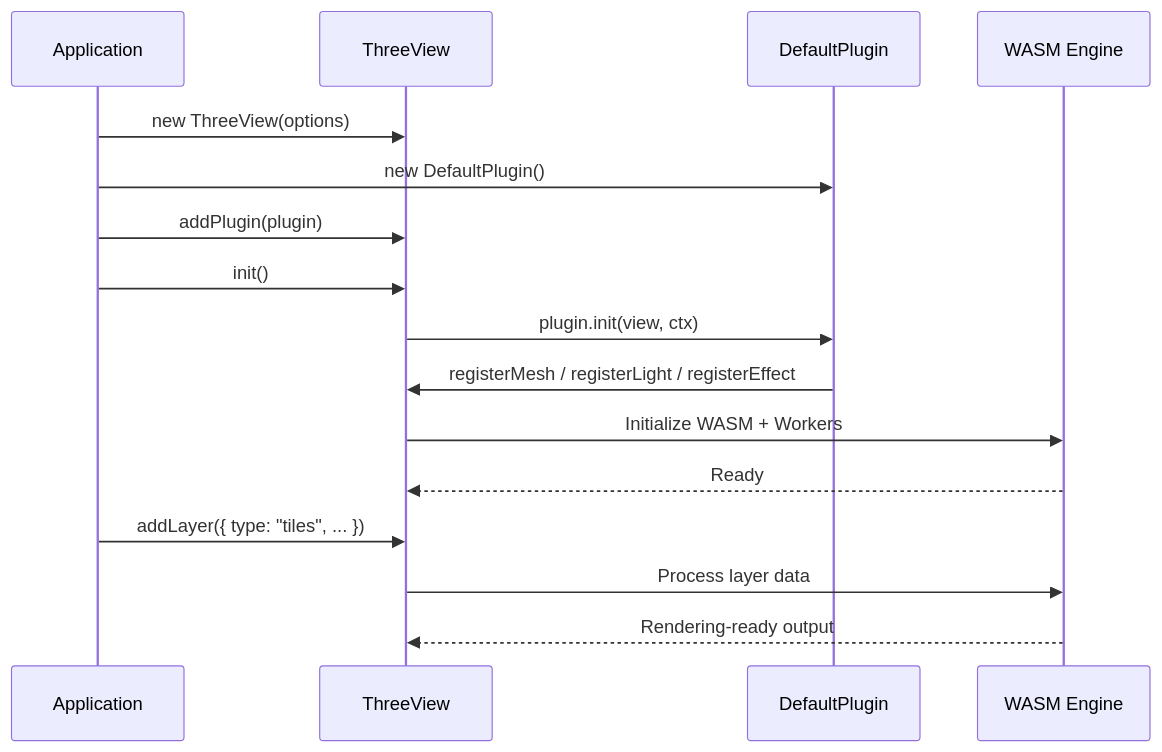
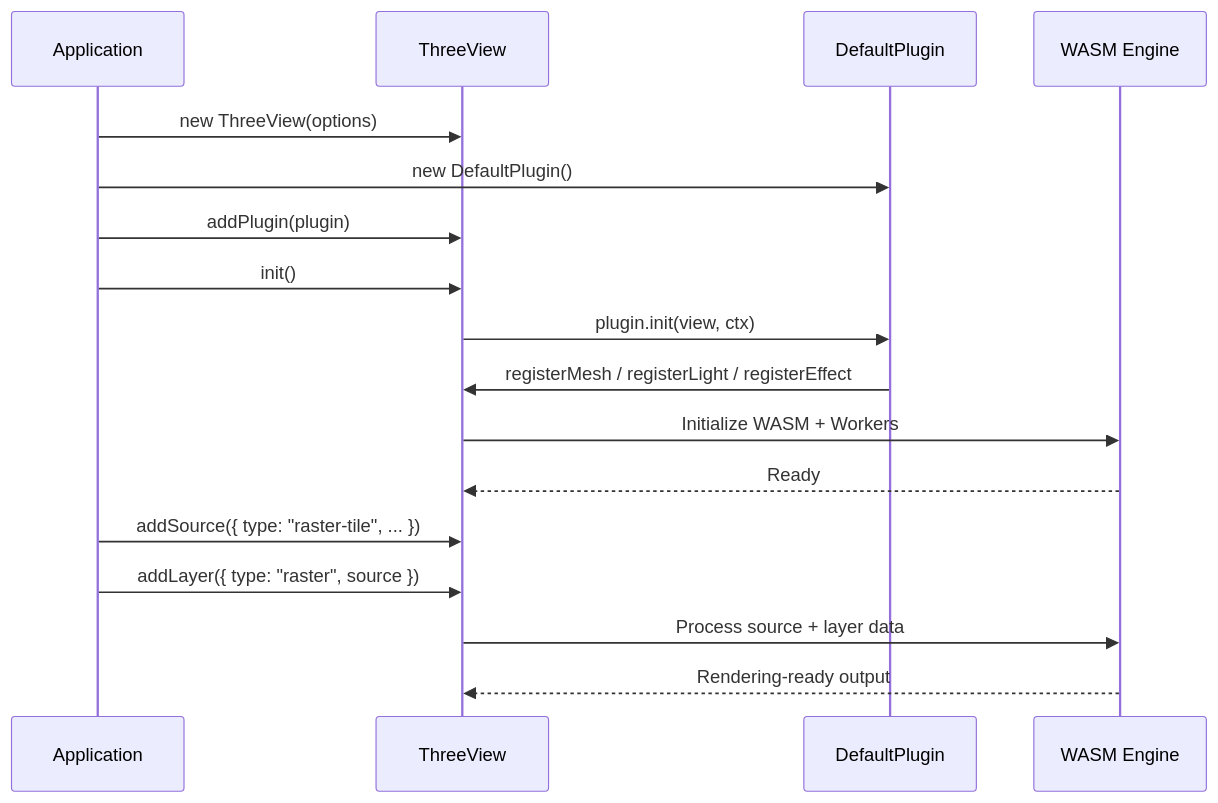
Before and after one commit to reearth/navara: the first of 2 diagrams in docs/src/content/docs/guides/Introduction/how-navara-works.md, drawn with Mermaid. The commit also changed other lines of this file and 113 other files, not shown here.

````diff
--- a/docs/src/content/docs/guides/Introduction/how-navara-works.md
+++ b/docs/src/content/docs/guides/Introduction/how-navara-works.md
@@ -18,19 +18,20 @@
 ```mermaid
 sequenceDiagram
   participant App as Application
   participant TV as ThreeView
   participant P as DefaultPlugin
   participant E as WASM Engine
 
   App->>TV: new ThreeView(options)
   App->>P: new DefaultPlugin()
   App->>TV: addPlugin(plugin)
   App->>TV: init()
   TV->>P: plugin.init(view, ctx)
   P->>TV: registerMesh / registerLight / registerEffect
   TV->>E: Initialize WASM + Workers
   E-->>TV: Ready
-  App->>TV: addLayer({ type: "tiles", ... })
-  TV->>E: Process layer data
+  App->>TV: addSource({ type: "raster-tile", ... })
+  App->>TV: addLayer({ type: "raster", source })
+  TV->>E: Process source + layer data
   E-->>TV: Rendering-ready output
 ```
````
